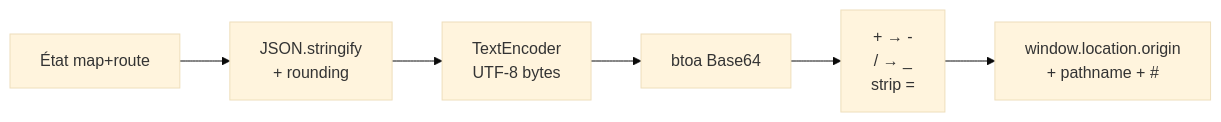
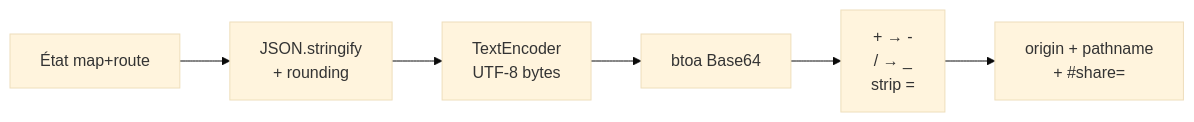
Before and after one commit to Plonk42/open-cairn: the diagram in docs/SHARE_VIEW.md, drawn with Mermaid (base theme). The commit also changed other lines of this file and 10 other files, not shown here.

````diff
--- a/docs/SHARE_VIEW.md
+++ b/docs/SHARE_VIEW.md
@@ -79,8 +129,8 @@
 ```mermaid
 flowchart LR
     State[État map+route] --> JSON[JSON.stringify<br/>+ rounding]
     JSON --> UTF8[TextEncoder<br/>UTF-8 bytes]
     UTF8 --> B64[btoa Base64]
     B64 --> URLSafe["+ → -<br/>/ → _<br/>strip ="]
-    URLSafe --> URL["window.location.origin<br/>+ pathname + #<payload>"]
+    URLSafe --> URL["origin + pathname<br/>+ #share=<payload>"]
 ```
````
